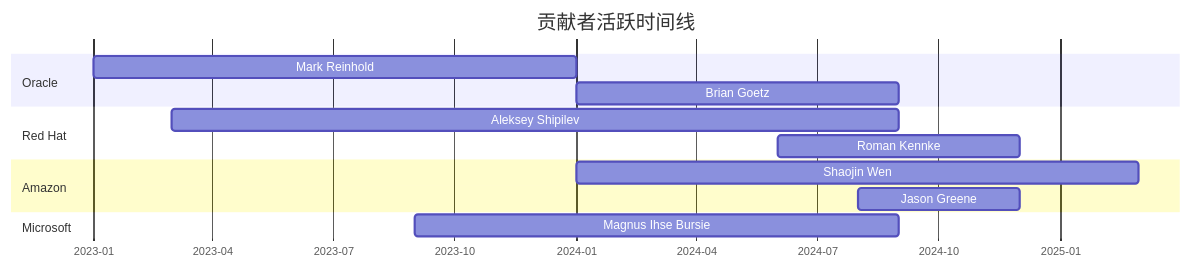
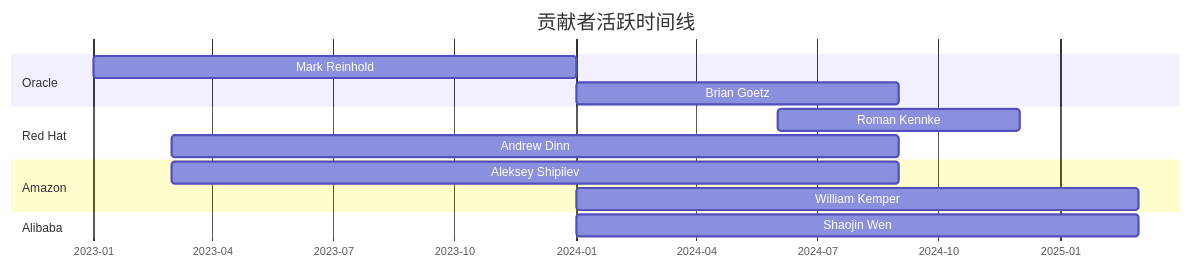
Before and after one commit to wenshao/jdk_internal: the diagram in dashboard.md, drawn with Mermaid. The commit also changed 1 other file, not shown here.

Commit message:
Fix dashboard Gantt chart and learning-path errors
dashboard.md: Fixed Gantt chart - Shipilev to Amazon (not Red Hat), Shaojin Wen to Alibaba (not Amazon), removed fabricated Jason Greene, removed Magnus from Microsoft
learning-path.md: Fixed readln() (doesn't exist) to System.console().readLine(), fixed JEP 530 link path (language not concurrency), fixed JEP 526 link path (tools not concurrency)

````diff
--- a/dashboard.md
+++ b/dashboard.md
@@ -130,21 +130,21 @@
 ```mermaid
 gantt
     title 贡献者活跃时间线
     dateFormat  YYYY-MM
     axisFormat  %Y-%m
     
     section Oracle
     Mark Reinhold     :2023-01, 12M
     Brian Goetz       :2024-01, 8M
     
-    section Red Hat  
+    section Red Hat
+    Roman Kennke      :2024-06, 6M
+    Andrew Dinn       :2023-03, 18M
+
+    section Amazon
     Aleksey Shipilev  :2023-03, 18M
-    Roman Kennke      :2024-06, 6M
-    
-    section Amazon
+    William Kemper    :2024-01, 14M
+
+    section Alibaba
     Shaojin Wen       :2024-01, 14M
-    Jason Greene      :2024-08, 4M
-    
-    section Microsoft
-    Magnus Ihse Bursie :2023-09, 12M
 ```
````
